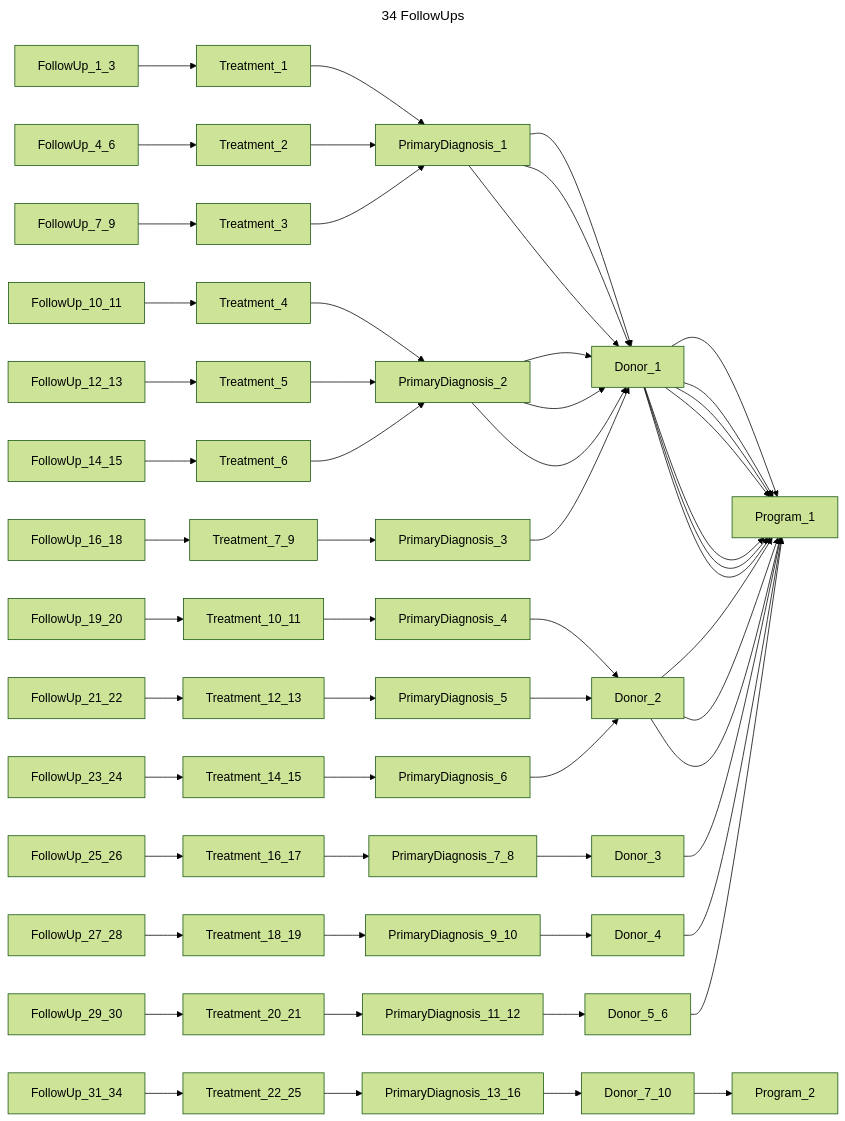
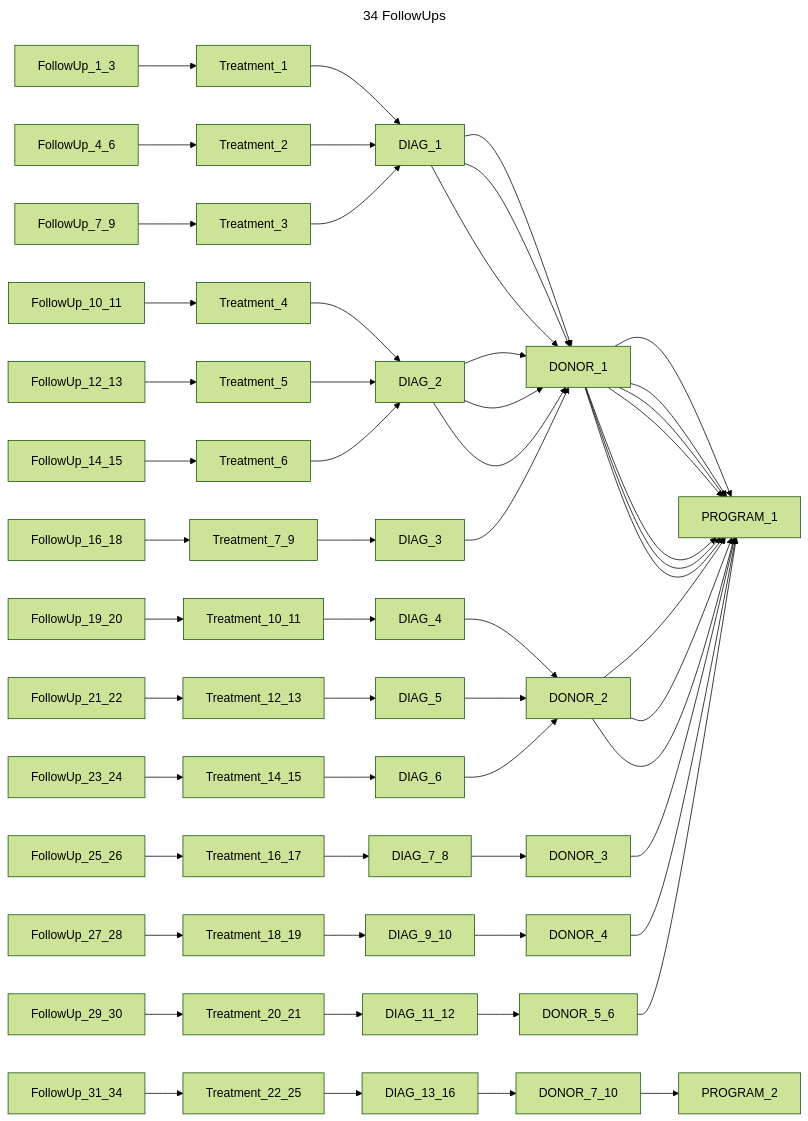
Before and after one commit to CanDIG/katsu: diagram 11 of 14 in chord_metadata_service/mohpackets/data/small_dataset/README.md, drawn with Mermaid (forest theme). The commit also changed other lines of this file and 2 other files, not shown here.

Commit message:
check mermaid diagrams

````diff
--- a/chord_metadata_service/mohpackets/data/small_dataset/README.md
+++ b/chord_metadata_service/mohpackets/data/small_dataset/README.md
@@ -169,20 +177,20 @@
 ```mermaid
 ---
 title: 34 FollowUps
 ---
 graph LR;  
-  FollowUp_1_3 --> Treatment_1 --> PrimaryDiagnosis_1 --> Donor_1 --> Program_1;  
-  FollowUp_4_6 --> Treatment_2 --> PrimaryDiagnosis_1 --> Donor_1 --> Program_1;  
-  FollowUp_7_9 --> Treatment_3 --> PrimaryDiagnosis_1 --> Donor_1 --> Program_1;  
-  FollowUp_10_11 --> Treatment_4 --> PrimaryDiagnosis_2 --> Donor_1 --> Program_1; 
-  FollowUp_12_13 --> Treatment_5 --> PrimaryDiagnosis_2 --> Donor_1 --> Program_1; 
-  FollowUp_14_15 --> Treatment_6 --> PrimaryDiagnosis_2 --> Donor_1 --> Program_1; 
-  FollowUp_16_18 --> Treatment_7_9 --> PrimaryDiagnosis_3 --> Donor_1 --> Program_1;
-  FollowUp_19_20 --> Treatment_10_11 --> PrimaryDiagnosis_4 --> Donor_2 --> Program_1;  
-  FollowUp_21_22 --> Treatment_12_13 --> PrimaryDiagnosis_5 --> Donor_2 --> Program_1;  
-  FollowUp_23_24 --> Treatment_14_15 --> PrimaryDiagnosis_6 --> Donor_2 --> Program_1; 
-  FollowUp_25_26 --> Treatment_16_17 --> PrimaryDiagnosis_7_8 --> Donor_3 --> Program_1;  
-  FollowUp_27_28 --> Treatment_18_19 --> PrimaryDiagnosis_9_10 --> Donor_4 --> Program_1;  
-  FollowUp_29_30 --> Treatment_20_21 --> PrimaryDiagnosis_11_12 --> Donor_5_6 --> Program_1;  
-  FollowUp_31_34 --> Treatment_22_25 --> PrimaryDiagnosis_13_16 --> Donor_7_10 --> Program_2;
+  FollowUp_1_3 --> Treatment_1 --> DIAG_1 --> DONOR_1 --> PROGRAM_1;  
+  FollowUp_4_6 --> Treatment_2 --> DIAG_1 --> DONOR_1 --> PROGRAM_1;  
+  FollowUp_7_9 --> Treatment_3 --> DIAG_1 --> DONOR_1 --> PROGRAM_1;  
+  FollowUp_10_11 --> Treatment_4 --> DIAG_2 --> DONOR_1 --> PROGRAM_1; 
+  FollowUp_12_13 --> Treatment_5 --> DIAG_2 --> DONOR_1 --> PROGRAM_1; 
+  FollowUp_14_15 --> Treatment_6 --> DIAG_2 --> DONOR_1 --> PROGRAM_1; 
+  FollowUp_16_18 --> Treatment_7_9 --> DIAG_3 --> DONOR_1 --> PROGRAM_1;
+  FollowUp_19_20 --> Treatment_10_11 --> DIAG_4 --> DONOR_2 --> PROGRAM_1;  
+  FollowUp_21_22 --> Treatment_12_13 --> DIAG_5 --> DONOR_2 --> PROGRAM_1;  
+  FollowUp_23_24 --> Treatment_14_15 --> DIAG_6 --> DONOR_2 --> PROGRAM_1; 
+  FollowUp_25_26 --> Treatment_16_17 --> DIAG_7_8 --> DONOR_3 --> PROGRAM_1;  
+  FollowUp_27_28 --> Treatment_18_19 --> DIAG_9_10 --> DONOR_4 --> PROGRAM_1;  
+  FollowUp_29_30 --> Treatment_20_21 --> DIAG_11_12 --> DONOR_5_6 --> PROGRAM_1;  
+  FollowUp_31_34 --> Treatment_22_25 --> DIAG_13_16 --> DONOR_7_10 --> PROGRAM_2;
 ```
````
